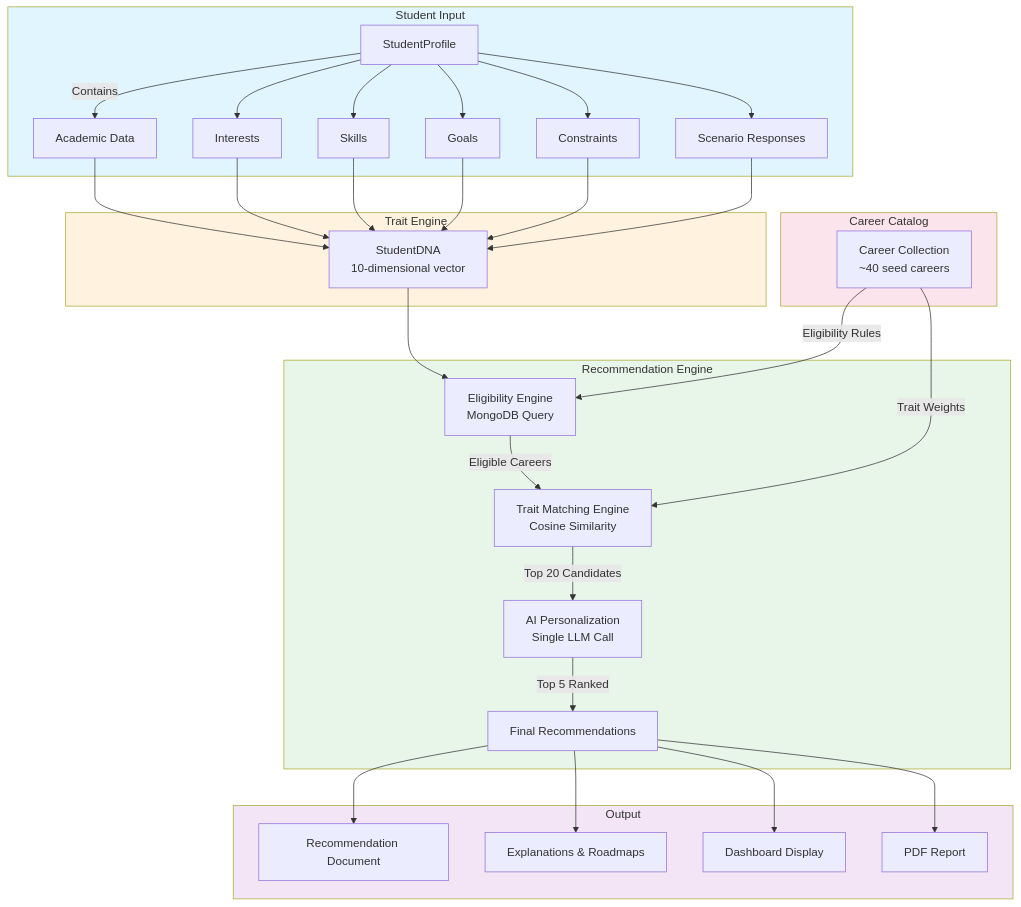
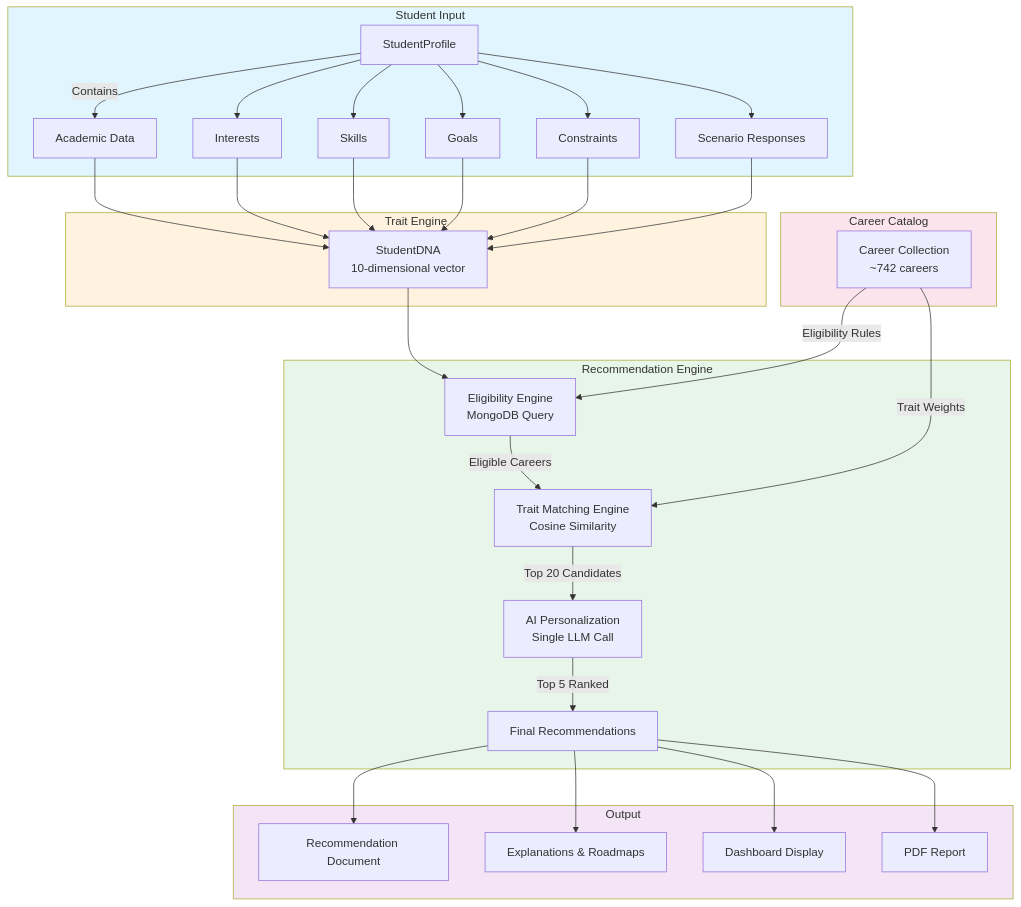
The fifth of 9 diagrams in PROJECT_ANALYSIS.md (Vihangpatil37/BHENCHOD), drawn with Mermaid before and after one commit. The commit also changed other lines of this file and 64 other files, not shown here.

````diff
--- a/PROJECT_ANALYSIS.md
+++ b/PROJECT_ANALYSIS.md
@@ -235,40 +312,40 @@
 ```mermaid
 flowchart TD
     subgraph Input["Student Input"]
         A[StudentProfile] -->|Contains| B[Academic Data]
         A --> C[Interests]
         A --> D[Skills]
         A --> E[Goals]
         A --> F[Constraints]
         A --> G[Scenario Responses]
     end
-    
+
     subgraph TraitComputation["Trait Engine"]
         B & C & D & E & F & G --> H[StudentDNA\n10-dimensional vector]
     end
-    
+
     subgraph Engine["Recommendation Engine"]
         H --> I[Eligibility Engine\nMongoDB Query]
         I -->|Eligible Careers| J[Trait Matching Engine\nCosine Similarity]
         J -->|Top 20 Candidates| K[AI Personalization\nSingle LLM Call]
         K -->|Top 5 Ranked| L[Final Recommendations]
     end
-    
+
     subgraph Output["Output"]
         L --> M[Recommendation Document]
         L --> N[Explanations & Roadmaps]
         L --> O[Dashboard Display]
         L --> P[PDF Report]
     end
-    
+
     subgraph Careers["Career Catalog"]
-        Q[Career Collection\n~40 seed careers] -->|Trait Weights| J
+        Q[Career Collection\n~742 careers] -->|Trait Weights| J
         Q -->|Eligibility Rules| I
     end
-    
+
     style Input fill:#e1f5fe
     style TraitComputation fill:#fff3e0
     style Engine fill:#e8f5e9
     style Output fill:#f3e5f5
     style Careers fill:#fce4ec
 ```
````
